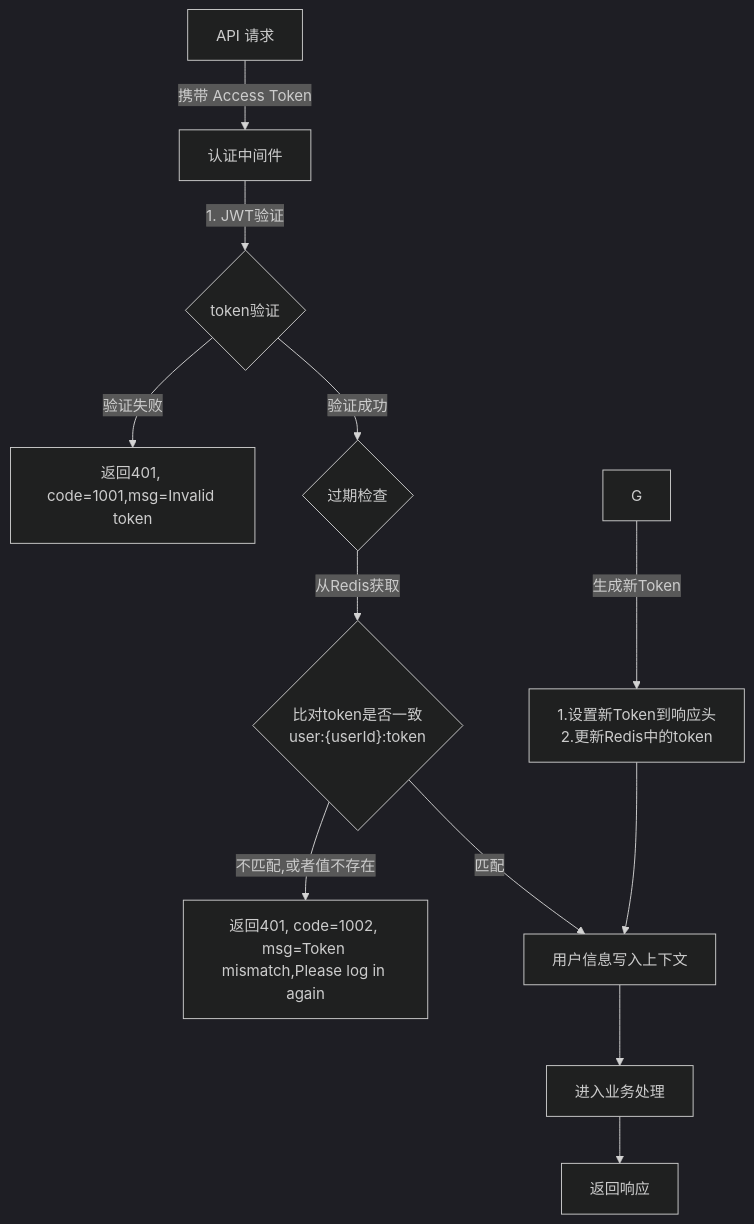
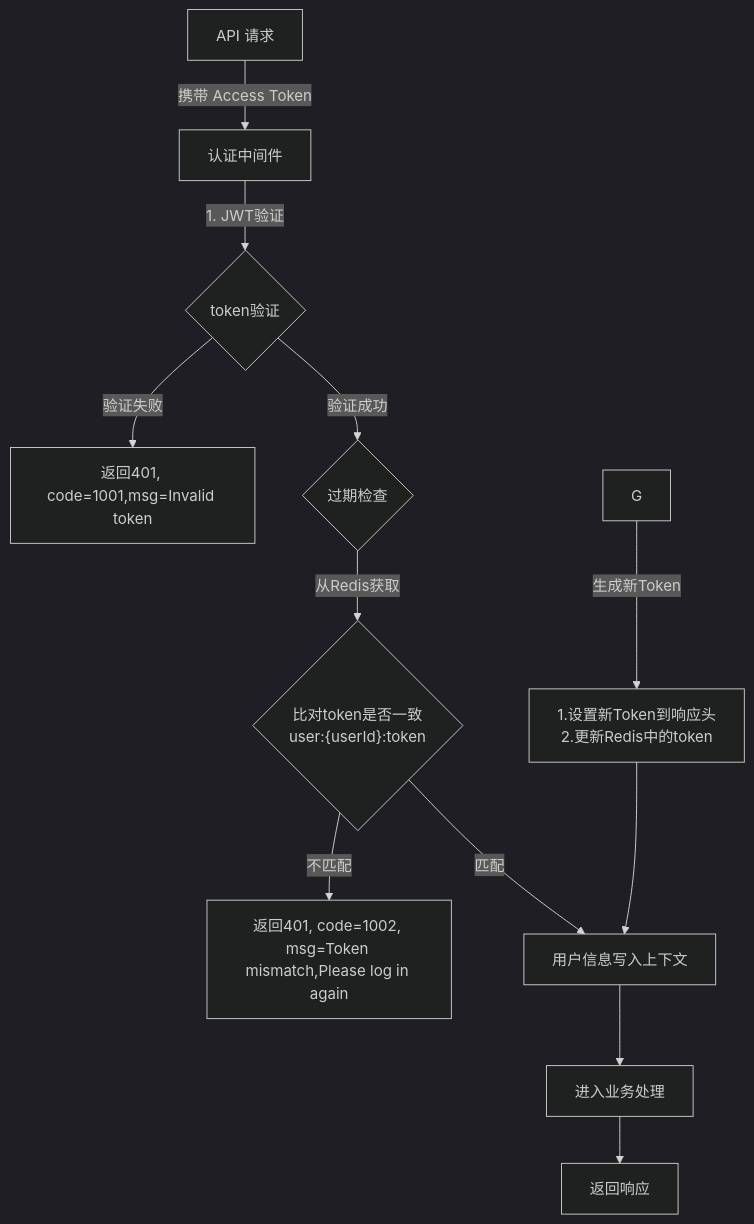
The diagram in all/未命名-16.md (yingjianzh/iodraw-files), drawn with Mermaid (dark theme) before and after one commit.

Commit message:
2025-01-08 14:52:37 update

````diff
--- a/all/未命名-16.md
+++ b/all/未命名-16.md
@@ -1,20 +1,20 @@
 ```mermaid
 
 flowchart TD
     A[API 请求] -->|携带 Access Token| B[认证中间件]
     B -->|1. JWT验证| C{token验证}
     C -->|验证失败| D[返回401, code=1001,msg=Invalid token]
     C -->|验证成功| F{过期检查}
     
     F -->|从Redis获取| I{"比对token是否一致
     user:{userId}:token"}
-    I -->|不匹配,或者值不存在| J[返回401, code=1002, msg=Token mismatch,Please log in again]
+    I -->|不匹配| J[返回401, code=1002, msg=Token mismatch,Please log in again]
     I -->|匹配| K[用户信息写入上下文]
     K --> L[进入业务处理]
     L --> N[返回响应]
     
     G -->|生成新Token| M["1.设置新Token到响应头
     2.更新Redis中的token"]
     M --> K
 
 ```
````
